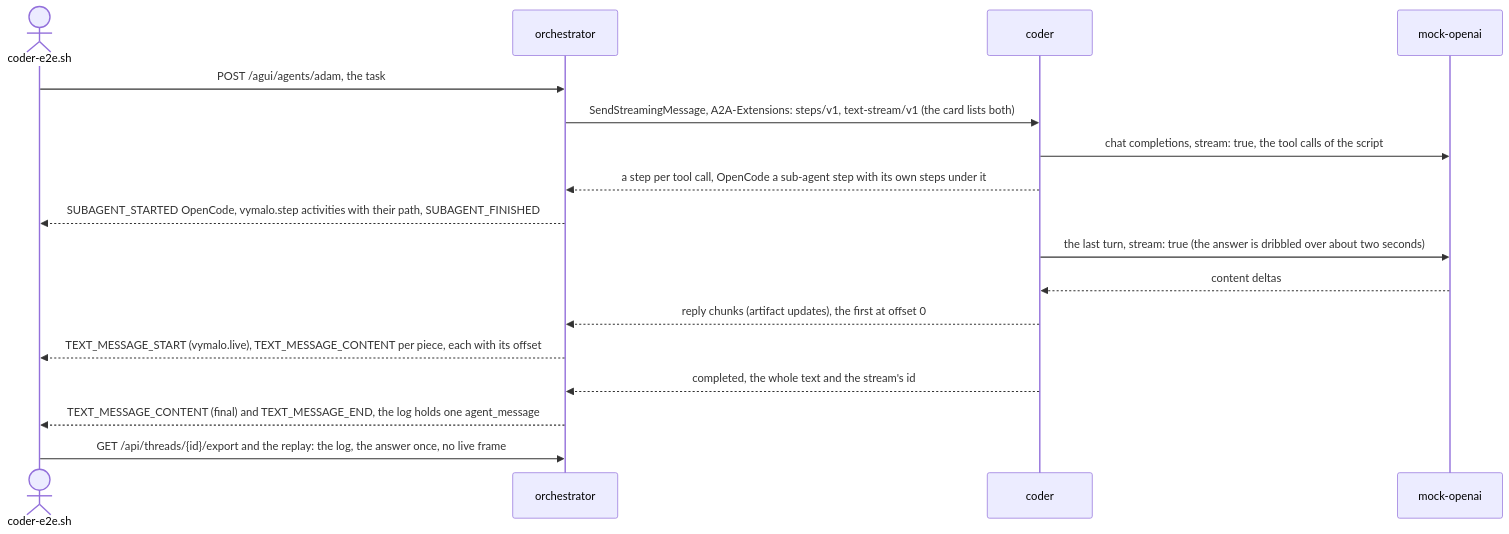
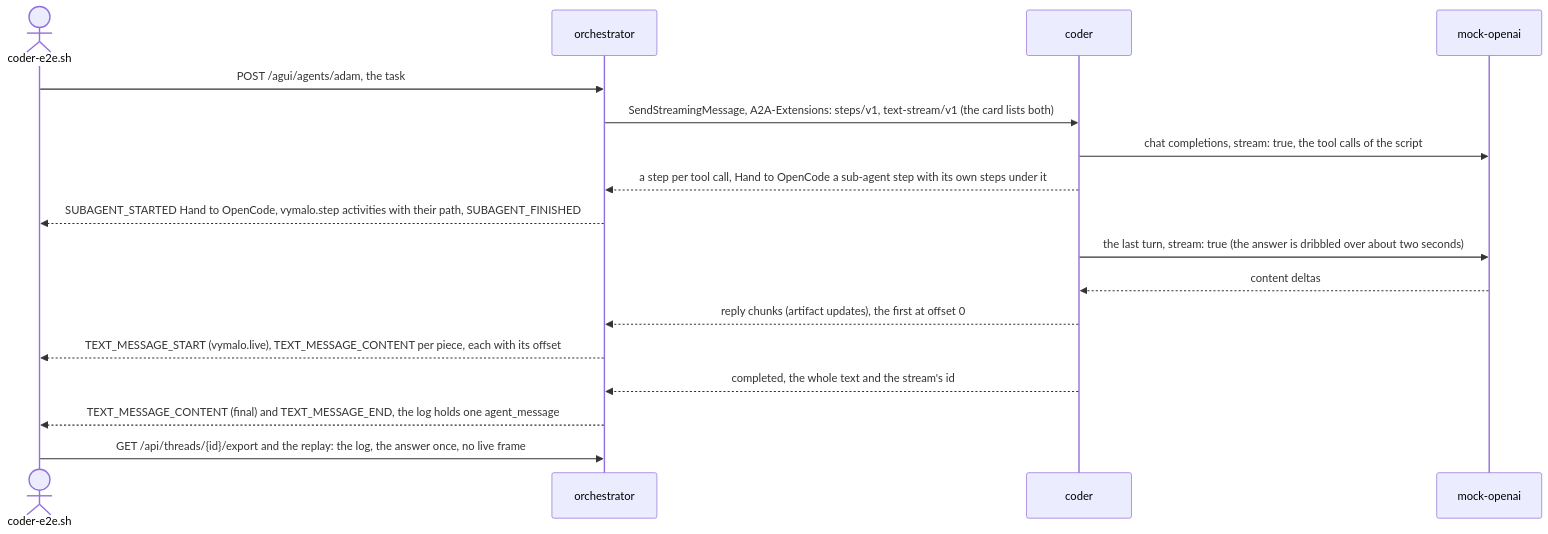
Before and after one commit to vymalo/another-agentic-system: diagram 21 of 41 in dev/README.md, drawn with Mermaid. The commit also changed other lines of this file and 23 other files, not shown here.

````diff
--- a/dev/README.md
+++ b/dev/README.md
@@ -1504,19 +1504,19 @@
 ```mermaid
 sequenceDiagram
   actor U as coder-e2e.sh
   participant O as orchestrator
   participant C as coder
   participant M as mock-openai
   U->>O: POST /agui/agents/adam, the task
   O->>C: SendStreamingMessage, A2A-Extensions: steps/v1, text-stream/v1 (the card lists both)
   C->>M: chat completions, stream: true, the tool calls of the script
-  C-->>O: a step per tool call, OpenCode a sub-agent step with its own steps under it
-  O-->>U: SUBAGENT_STARTED OpenCode, vymalo.step activities with their path, SUBAGENT_FINISHED
+  C-->>O: a step per tool call, Hand to OpenCode a sub-agent step with its own steps under it
+  O-->>U: SUBAGENT_STARTED Hand to OpenCode, vymalo.step activities with their path, SUBAGENT_FINISHED
   C->>M: the last turn, stream: true (the answer is dribbled over about two seconds)
   M-->>C: content deltas
   C-->>O: reply chunks (artifact updates), the first at offset 0
   O-->>U: TEXT_MESSAGE_START (vymalo.live), TEXT_MESSAGE_CONTENT per piece, each with its offset
   C-->>O: completed, the whole text and the stream's id
   O-->>U: TEXT_MESSAGE_CONTENT (final) and TEXT_MESSAGE_END, the log holds one agent_message
   U->>O: GET /api/threads/{id}/export and the replay: the log, the answer once, no live frame
 ```
````
